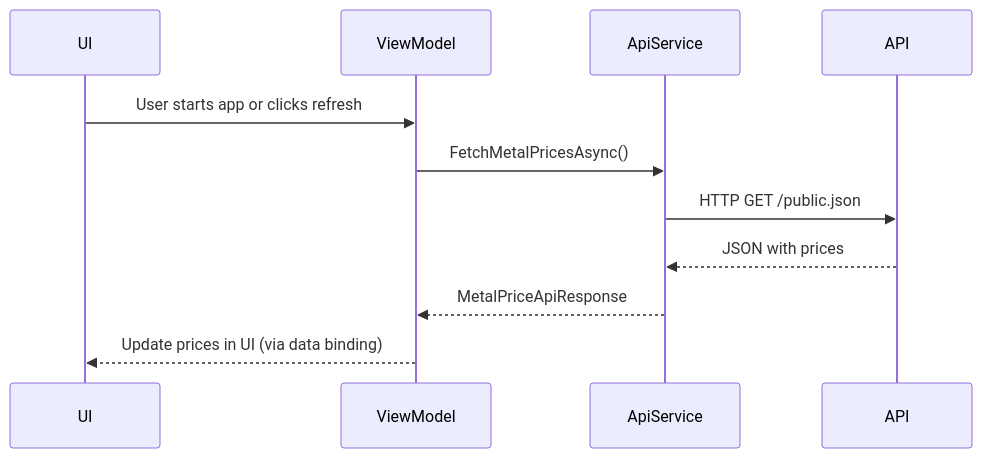
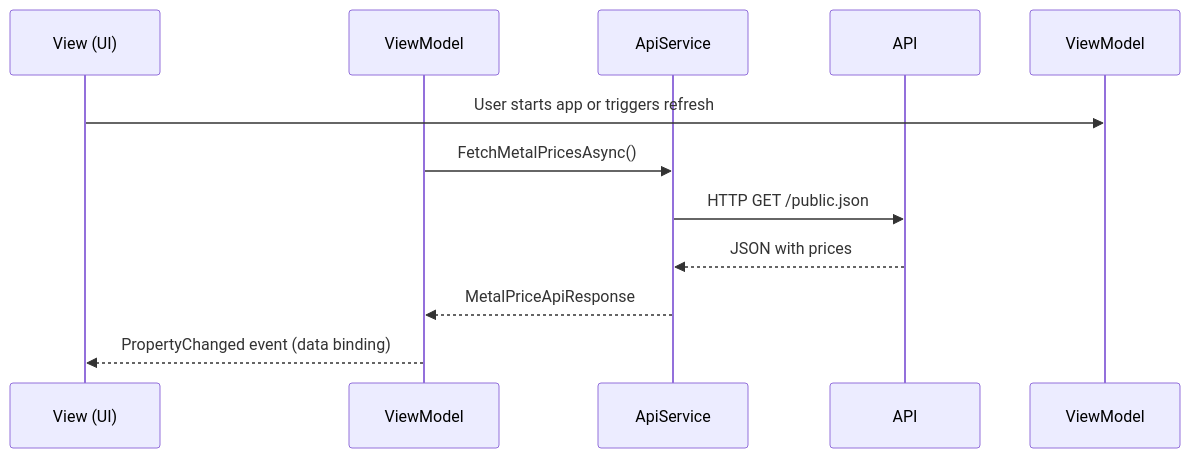
Before and after one commit to Moritz-Gluch/PreciousMetalsManager: the second of 2 diagrams in README.md, drawn with Mermaid. The commit also changed other lines of this file, not shown here.

````diff
--- a/README.md
+++ b/README.md
@@ -107,14 +88,14 @@
 ```mermaid
 sequenceDiagram
-    participant UI
-    participant ViewModel
+    participant UI as View (UI)
+    participant VM as ViewModel
     participant ApiService
     participant API
 
-    UI->>ViewModel: User starts app or clicks refresh
-    ViewModel->>ApiService: FetchMetalPricesAsync()
+    UI->>ViewModel: User starts app or triggers refresh
+    VM->>ApiService: FetchMetalPricesAsync()
     ApiService->>API: HTTP GET /public.json
     API-->>ApiService: JSON with prices
-    ApiService-->>ViewModel: MetalPriceApiResponse
-    ViewModel-->>UI: Update prices in UI (via data binding)
+    ApiService-->>VM: MetalPriceApiResponse
+    VM-->>UI: PropertyChanged event (data binding)
 ```
````
